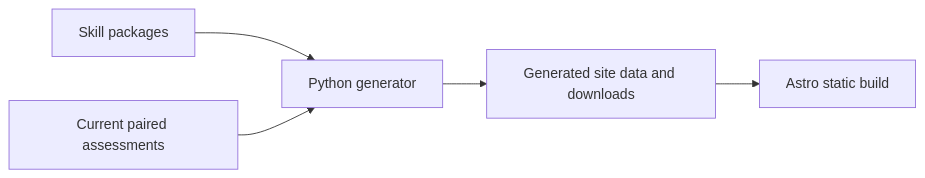
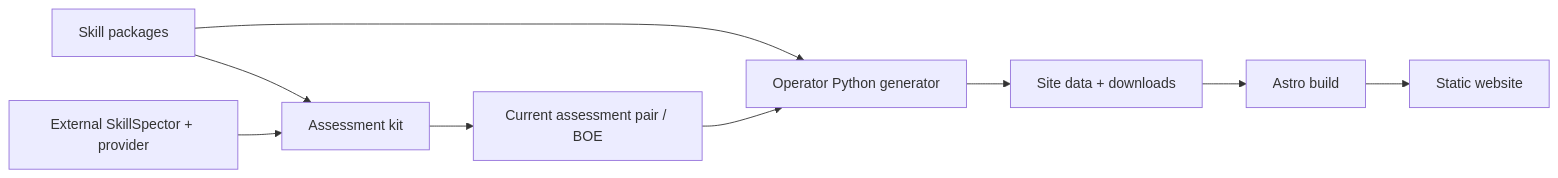
One commit to Code-dot-mil/SkLC changed the second of 2 diagrams in docs/architecture.md. Above: the diagram before and after it, drawn with Mermaid. The commit also changed other lines of this file, not shown here.

First line of the commit message:
docs(architecture): explain independent products and delivery flows (#92)

````diff
--- a/docs/architecture.md
+++ b/docs/architecture.md
@@ -9,7 +59,11 @@
 ```mermaid
 flowchart LR
-  skills[Skill packages] --> builder[Python generator]
-  evidence[Current paired assessments] --> builder
-  builder --> data[Generated site data and downloads]
-  data --> astro[Astro static build]
+  skills["Skill packages"] --> assess["Assessment kit"]
+  scanner["External SkillSpector + provider"] --> assess
+  assess --> evidence["Current assessment pair / BOE"]
+  skills --> generate["Operator Python generator"]
+  evidence --> generate
+  generate --> data["Site data + downloads"]
+  data --> astro["Astro build"]
+  astro --> site["Static website"]
 ```
````
